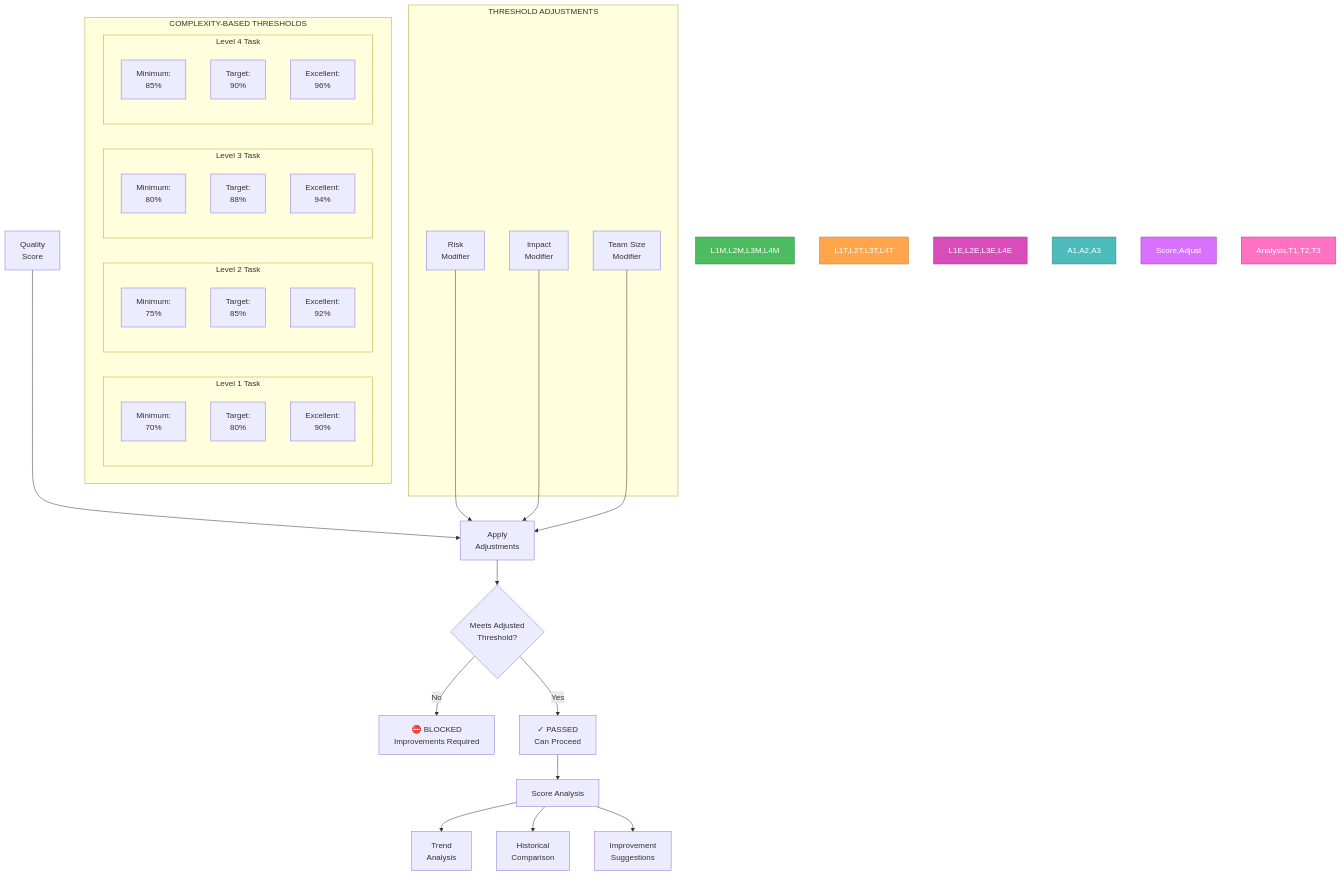
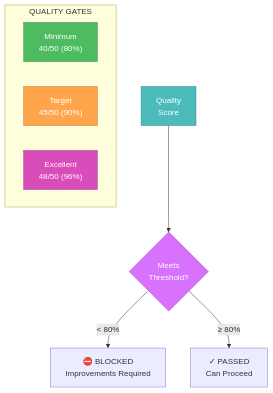
One commit to 7Spade/cursor-memory-bank changed the second of 4 diagrams in .cursor/rules/isolation_rules/Core/creative-phase-metrics.mdc. Above: the diagram before and after it, drawn with Mermaid. The commit also changed other lines of this file and 4 other files, not shown here.

````diff
--- a/.cursor/rules/isolation_rules/Core/creative-phase-metrics.mdc
+++ b/.cursor/rules/isolation_rules/Core/creative-phase-metrics.mdc
@@ -168,56 +85,18 @@
 ```mermaid
 graph TD
-    subgraph "COMPLEXITY-BASED THRESHOLDS"
-        subgraph "Level 1 Task"
-            L1M["Minimum:<br>70%"]
-            L1T["Target:<br>80%"]
-            L1E["Excellent:<br>90%"]
-        end
-        
-        subgraph "Level 2 Task"
-            L2M["Minimum:<br>75%"]
-            L2T["Target:<br>85%"]
-            L2E["Excellent:<br>92%"]
-        end
-        
-        subgraph "Level 3 Task"
-            L3M["Minimum:<br>80%"]
-            L3T["Target:<br>88%"]
-            L3E["Excellent:<br>94%"]
-        end
-        
-        subgraph "Level 4 Task"
-            L4M["Minimum:<br>85%"]
-            L4T["Target:<br>90%"]
-            L4E["Excellent:<br>96%"]
-        end
+    subgraph "QUALITY GATES"
+    T1["Minimum<br>40/50 (80%)"]
+    T2["Target<br>45/50 (90%)"]
+    T3["Excellent<br>48/50 (96%)"]
     end
     
-    subgraph "THRESHOLD ADJUSTMENTS"
-        A1["Risk<br>Modifier"]
-        A2["Impact<br>Modifier"]
-        A3["Team Size<br>Modifier"]
-    end
+    Score["Quality<br>Score"] --> Check{"Meets<br>Threshold?"}
+    Check -->|"< 80%"| Block["⛔ BLOCKED<br>Improvements Required"]
+    Check -->|"≥ 80%"| Pass["✓ PASSED<br>Can Proceed"]
     
-    Score["Quality<br>Score"] --> Adjust["Apply<br>Adjustments"]
-    
-    Adjust --> Check{"Meets Adjusted<br>Threshold?"}
-    Check -->|No| Block["⛔ BLOCKED<br>Improvements Required"]
-    Check -->|Yes| Pass["✓ PASSED<br>Can Proceed"]
-    
-    A1 --> Adjust
-    A2 --> Adjust
-    A3 --> Adjust
-    
-    Pass --> Analysis["Score Analysis"]
-    Analysis --> T1["Trend<br>Analysis"]
-    Analysis --> T2["Historical<br>Comparison"]
-    Analysis --> T3["Improvement<br>Suggestions"]
-    
-    style L1M,L2M,L3M,L4M fill:#4dbb5f,stroke:#36873f,color:white
-    style L1T,L2T,L3T,L4T fill:#ffa64d,stroke:#cc7a30,color:white
-    style L1E,L2E,L3E,L4E fill:#d94dbb,stroke:#a3378a,color:white
-    style A1,A2,A3 fill:#4dbbbb,stroke:#368787,color:white
-    style Score,Adjust fill:#d971ff,stroke:#a33bc2,color:white
-    style Analysis,T1,T2,T3 fill:#ff71c2,stroke:#c23b8a,color:white
+    style T1 fill:#4dbb5f,stroke:#36873f,color:white
+    style T2 fill:#ffa64d,stroke:#cc7a30,color:white
+    style T3 fill:#d94dbb,stroke:#a3378a,color:white
+    style Score fill:#4dbbbb,stroke:#368787,color:white
+    style Check fill:#d971ff,stroke:#a33bc2,color:white
 ```
````
